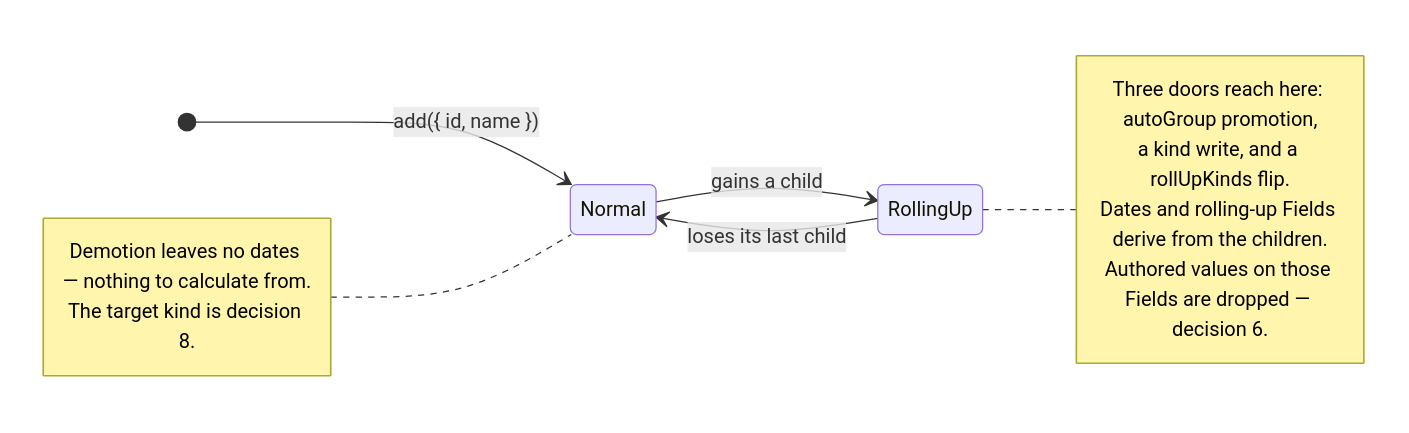
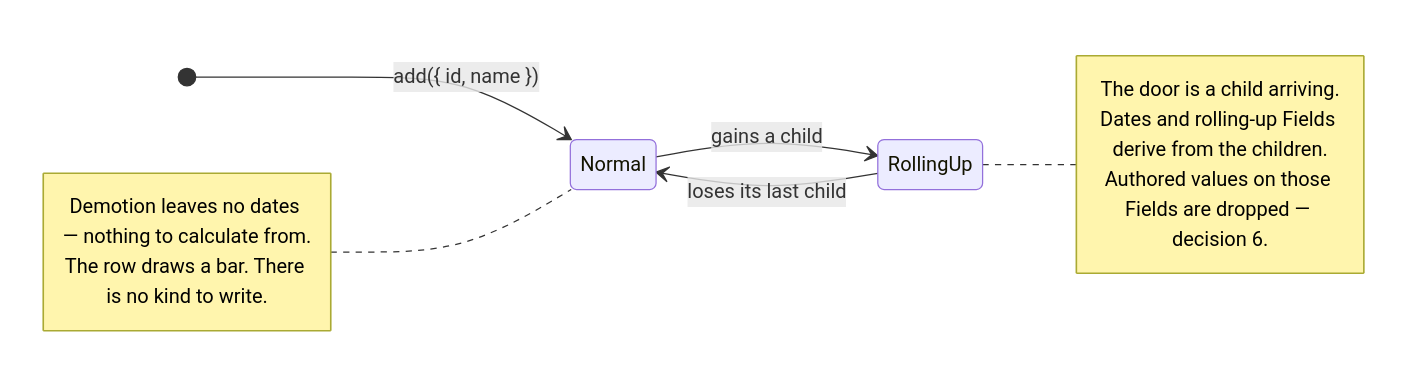
One commit to freegantt/freegantt changed the diagram in docs/adr/0013-what-decides-that-a-row-derives-its-values.md. Above: the diagram before and after it, drawn with Mermaid. The commit also changed other lines of this file and 16 other files, not shown here.

````diff
--- a/docs/adr/0013-what-decides-that-a-row-derives-its-values.md
+++ b/docs/adr/0013-what-decides-that-a-row-derives-its-values.md
@@ -40,17 +50,16 @@
 ```mermaid
 stateDiagram-v2
   direction LR
   [*] --> Normal: add({ id, name })
   Normal --> RollingUp: gains a child
   RollingUp --> Normal: loses its last child
   note right of RollingUp
-    Three doors reach here: autoGroup promotion,
-    a kind write, and a rollUpKinds flip.
+    The door is a child arriving.
     Dates and rolling-up Fields derive from the children.
     Authored values on those Fields are dropped — decision 6.
   end note
   note left of Normal
     Demotion leaves no dates — nothing to calculate from.
-    The target kind is decision 8.
+    The row draws a bar. There is no kind to write.
   end note
 ```
````
